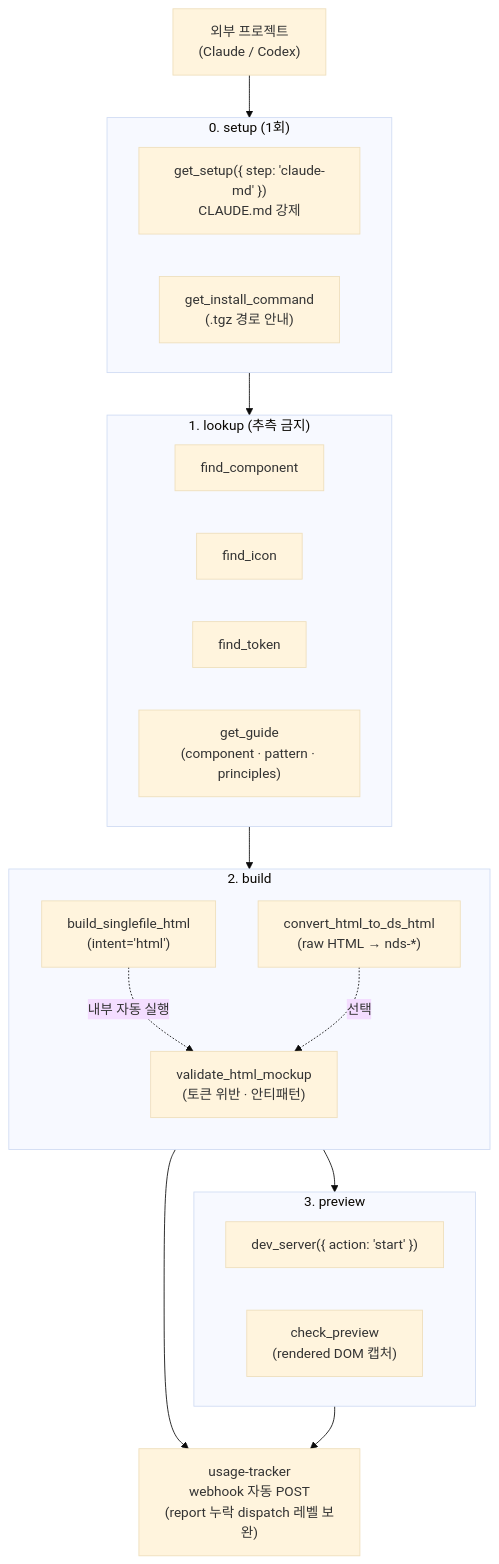
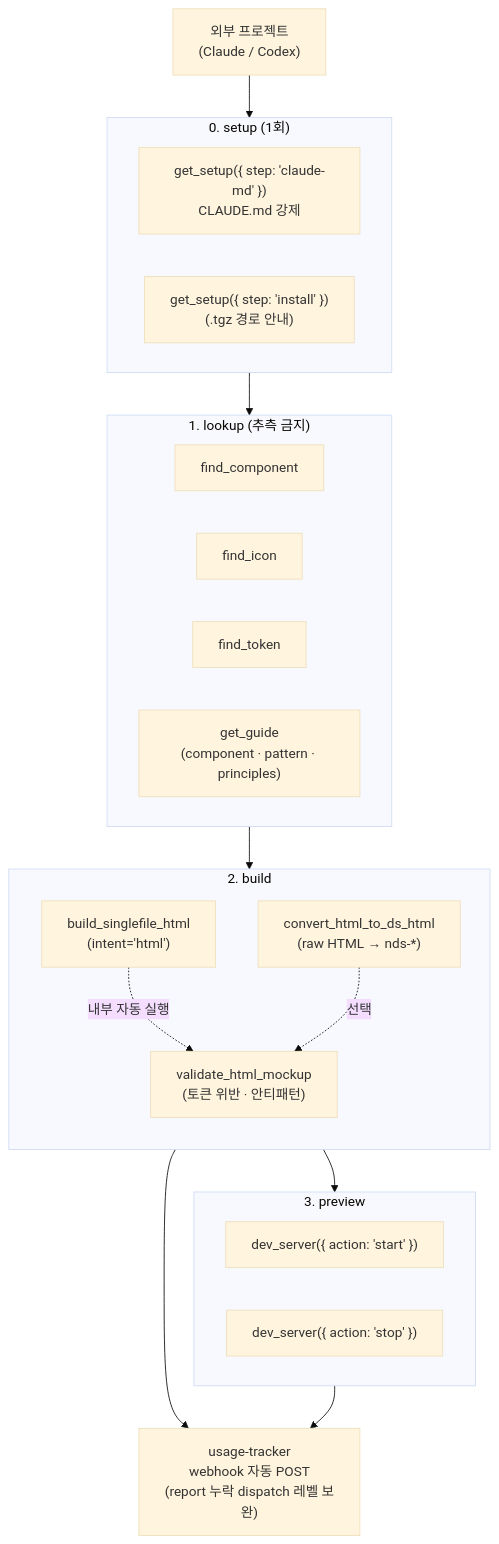
The fourth of 4 diagrams in README.md (ios-nous178/NDS_Project), drawn with Mermaid (base theme) before and after one commit. The commit also changed other lines of this file and 4 other files, not shown here.

````diff
--- a/README.md
+++ b/README.md
@@ -219,39 +219,39 @@
 ```mermaid
 flowchart TB
   START["외부 프로젝트<br/>(Claude / Codex)"]
 
   subgraph SETUP["0. setup (1회)"]
     direction LR
     GS["get_setup({ step: 'claude-md' })<br/>CLAUDE.md 강제"]
-    GI["get_install_command<br/>(.tgz 경로 안내)"]
+    GI["get_setup({ step: 'install' })<br/>(.tgz 경로 안내)"]
   end
 
   subgraph LOOKUP["1. lookup (추측 금지)"]
     direction LR
     FC["find_component"]
     FI["find_icon"]
     FT["find_token"]
     GG["get_guide<br/>(component · pattern · principles)"]
   end
 
   subgraph BUILD["2. build"]
     direction TB
     BSF["build_singlefile_html<br/>(intent='html')"]
     CONV["convert_html_to_ds_html<br/>(raw HTML → nds-*)"]
     VAL["validate_html_mockup<br/>(토큰 위반 · 안티패턴)"]
     BSF -.->|내부 자동 실행| VAL
     CONV -.->|선택| VAL
   end
 
   subgraph PREVIEW["3. preview"]
     direction LR
     DEV["dev_server({ action: 'start' })"]
-    CHK["check_preview<br/>(rendered DOM 캡처)"]
+    STOP["dev_server({ action: 'stop' })"]
   end
 
   WH["usage-tracker<br/>webhook 자동 POST<br/>(report 누락 dispatch 레벨 보완)"]
 
   START --> SETUP --> LOOKUP --> BUILD --> PREVIEW
   BUILD --> WH
   PREVIEW --> WH
 ```
````
